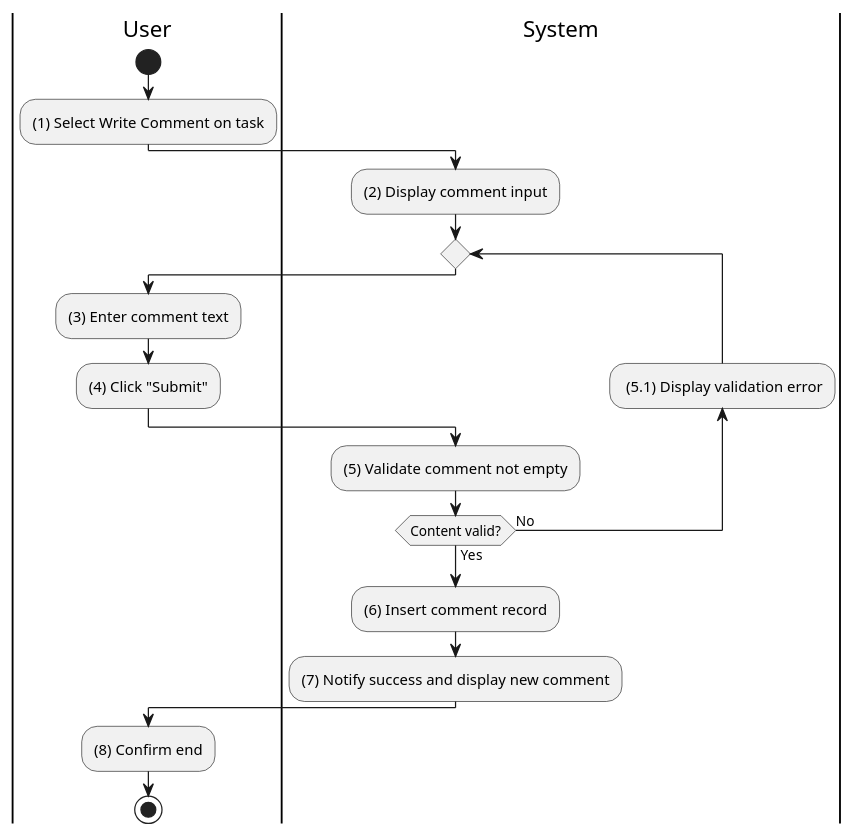
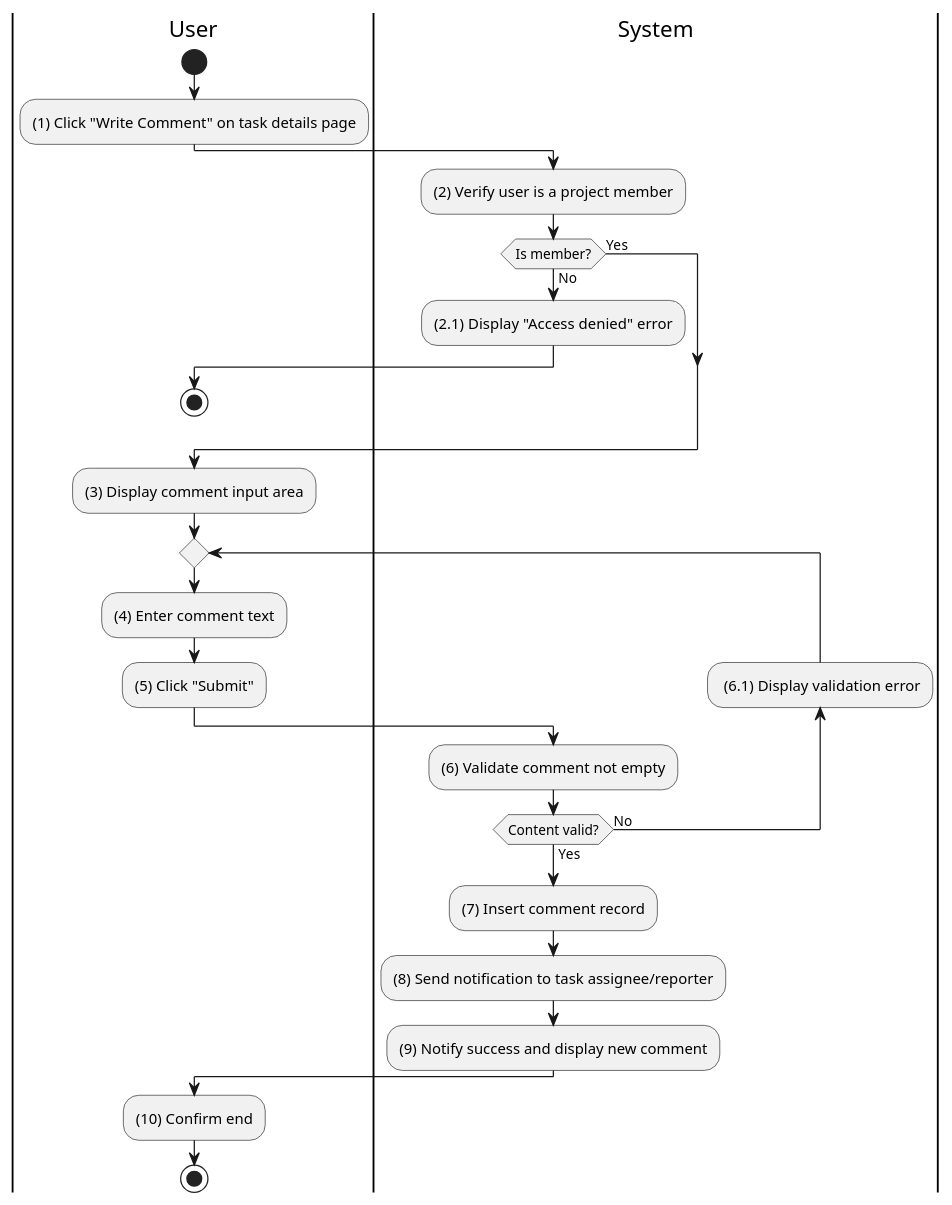
One commit to taskpilot-platform/taskpilot-platform.github.io changed the diagram in docs/docs/activity/interaction-communication/write-comment.md. Above: the diagram before and after it, drawn with PlantUML. The commit also changed 17 other files, not shown here.

````diff
--- a/docs/docs/activity/interaction-communication/write-comment.md
+++ b/docs/docs/activity/interaction-communication/write-comment.md
@@ -3,31 +3,41 @@
 ```plantuml
 @startuml
 |U|User
 |S|System
 
 |U|
 start
-:(1) Select Write Comment on task;
+:(1) Click "Write Comment" on task details page;
 
 |S|
-:(2) Display comment input;
+:(2) Verify user is a project member;
+
+if (Is member?) then (No)
+  :(2.1) Display "Access denied" error;
+  |U|
+  stop
+else (Yes)
+endif
+
+:(3) Display comment input area;
 
 repeat
   |U|
-  :(3) Enter comment text;
-  :(4) Click "Submit";
+  :(4) Enter comment text;
+  :(5) Click "Submit";
 
   |S|
-  :(5) Validate comment not empty;
-  backward: (5.1) Display validation error;
+  :(6) Validate comment not empty;
+  backward: (6.1) Display validation error;
 repeat while (Content valid?) is (No) not (Yes)
 
-:(6) Insert comment record;
-:(7) Notify success and display new comment;
+:(7) Insert comment record;
+:(8) Send notification to task assignee/reporter;
+:(9) Notify success and display new comment;
 
 |U|
-:(8) Confirm end;
+:(10) Confirm end;
 
 stop
 @enduml
 ```
````
